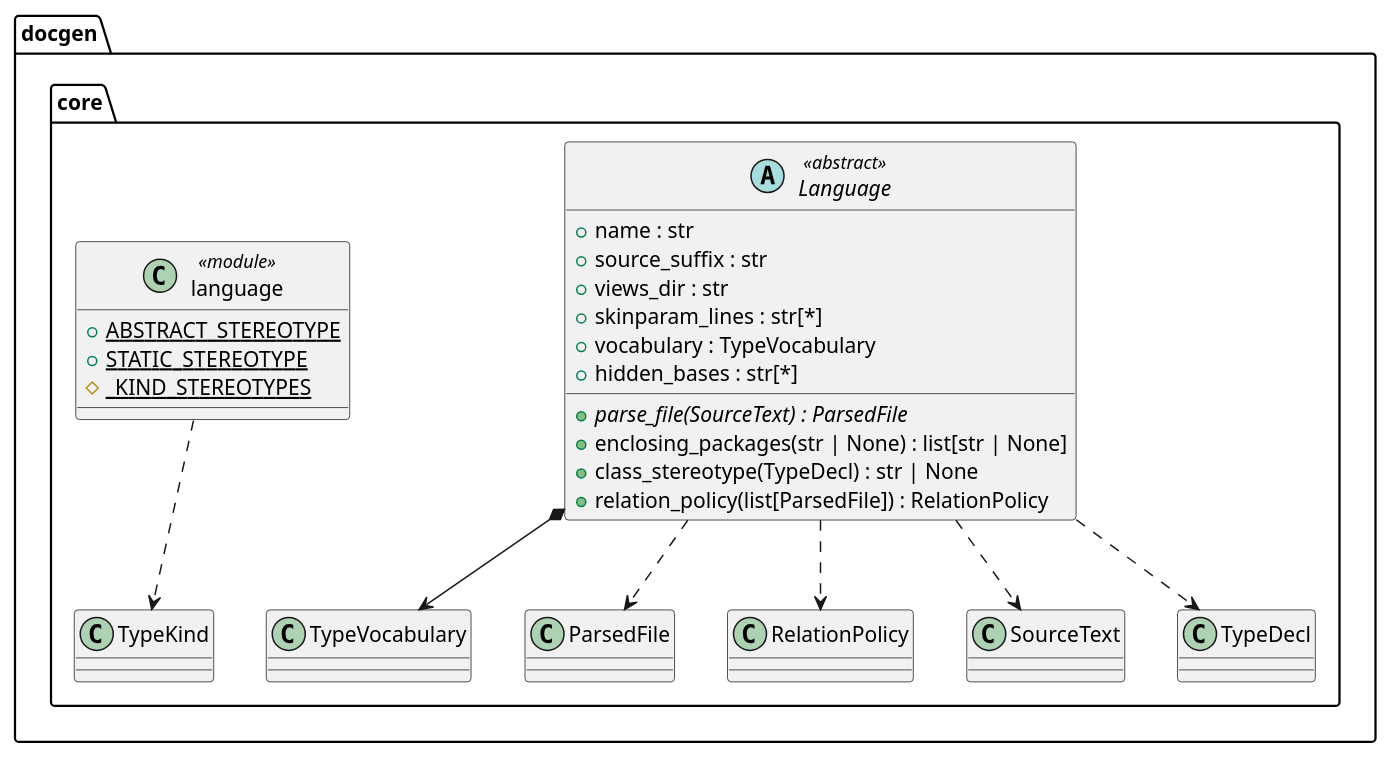
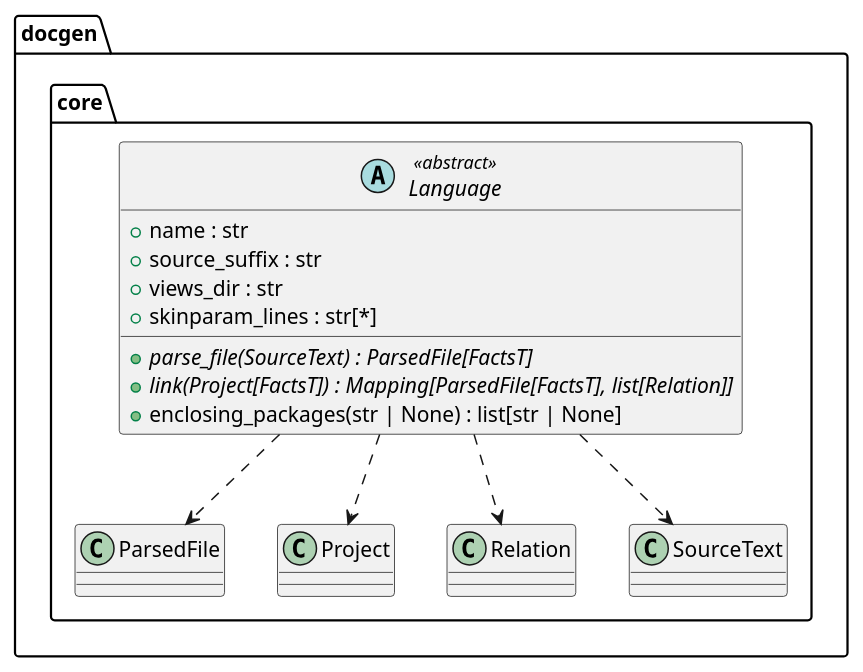
The diagram in docs/Modelisation/Fragments-Full/docgen/core/language.puml (Boulede987/DocGeneration), drawn with PlantUML before and after one commit. The commit also changed 129 other files, not shown here.

First line of the commit message:
refactor(core): make the core a pure UML model; languages compute relations

```diff
--- a/docs/Modelisation/Fragments-Full/docgen/core/language.puml
+++ b/docs/Modelisation/Fragments-Full/docgen/core/language.puml
@@ -1,26 +1,16 @@
 namespace docgen.core {
 abstract class Language <<abstract>> {
   + name : str
   + source_suffix : str
   + views_dir : str
   + skinparam_lines : str[*]
-  + vocabulary : TypeVocabulary
-  + hidden_bases : str[*]
-  + {abstract} parse_file(SourceText) : ParsedFile
+  + {abstract} parse_file(SourceText) : ParsedFile[FactsT]
+  + {abstract} link(Project[FactsT]) : Mapping[ParsedFile[FactsT], list[Relation]]
   + enclosing_packages(str | None) : list[str | None]
-  + class_stereotype(TypeDecl) : str | None
-  + relation_policy(list[ParsedFile]) : RelationPolicy
-}
-class language <<module>> {
-  + {static} ABSTRACT_STEREOTYPE
-  + {static} STATIC_STEREOTYPE
-  # {static} _KIND_STEREOTYPES
 }
 }
 
-docgen.core.Language *--> docgen.core.TypeVocabulary
 docgen.core.Language ..> docgen.core.ParsedFile
-docgen.core.Language ..> docgen.core.RelationPolicy
+docgen.core.Language ..> docgen.core.Project
+docgen.core.Language ..> docgen.core.Relation
 docgen.core.Language ..> docgen.core.SourceText
-docgen.core.Language ..> docgen.core.TypeDecl
-docgen.core.language ..> docgen.core.TypeKind
```
